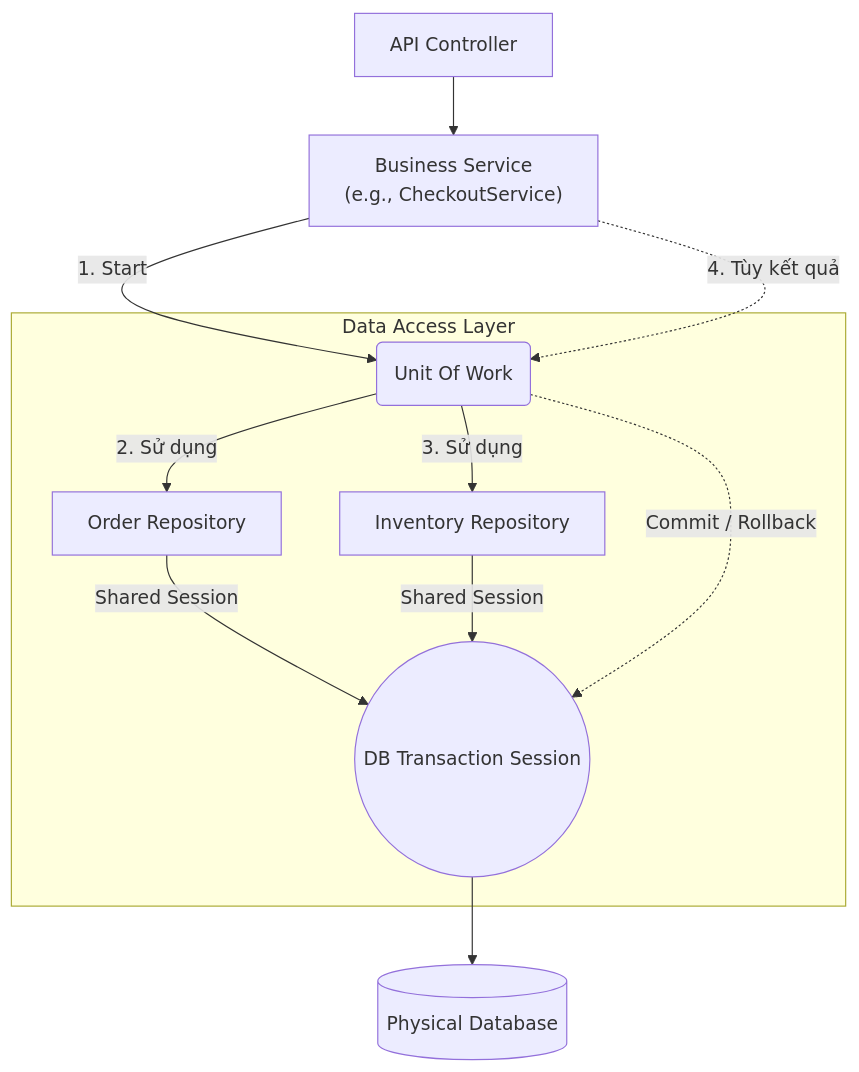
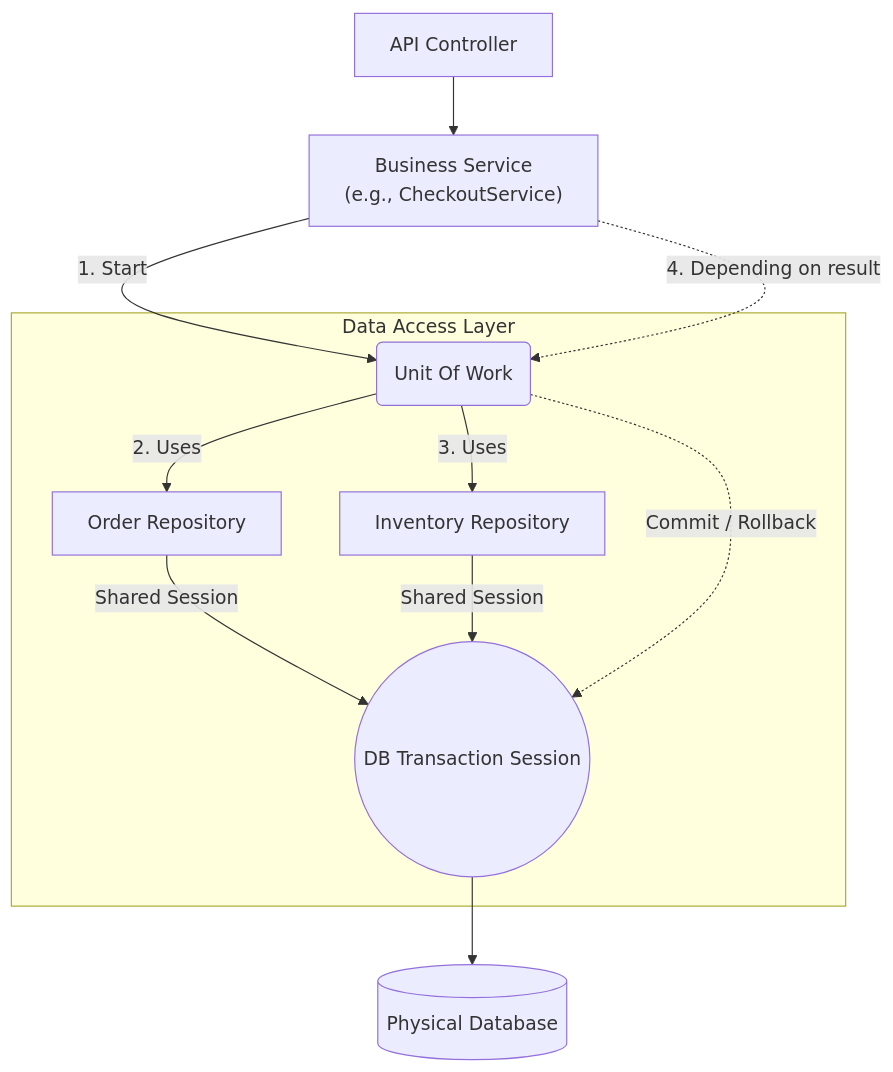
The diagram in src/data/blog/en/88-2026-09-03-design-pattern-15-data-access-patterns-use-case-analysis.md (ga2631/ga2631.github.io), drawn with Mermaid before and after one commit. The commit also changed other lines of this file and 74 other files, not shown here.

````diff
--- a/src/data/blog/en/88-2026-09-03-design-pattern-15-data-access-patterns-use-case-analysis.md
+++ b/src/data/blog/en/88-2026-09-03-design-pattern-15-data-access-patterns-use-case-analysis.md
@@ -23,19 +23,19 @@
 ```mermaid
 flowchart TD
     Controller[API Controller] --> Service["Business Service\n(e.g., CheckoutService)"]
 
     Service --> |1. Start| UoW(Unit Of Work)
 
     subgraph Data Access Layer
-        UoW --> |2. Sử dụng| RepoA[Order Repository]
-        UoW --> |3. Sử dụng| RepoB[Inventory Repository]
+        UoW --> |2. Uses| RepoA[Order Repository]
+        UoW --> |3. Uses| RepoB[Inventory Repository]
 
         RepoA --> |Shared Session| DBSession((DB Transaction Session))
         RepoB --> |Shared Session| DBSession
     end
 
     DBSession --> Database[(Physical Database)]
 
-    Service -.-> |4. Tùy kết quả| UoW
+    Service -.-> |4. Depending on result| UoW
     UoW -.-> |Commit / Rollback| DBSession
 ```
````
